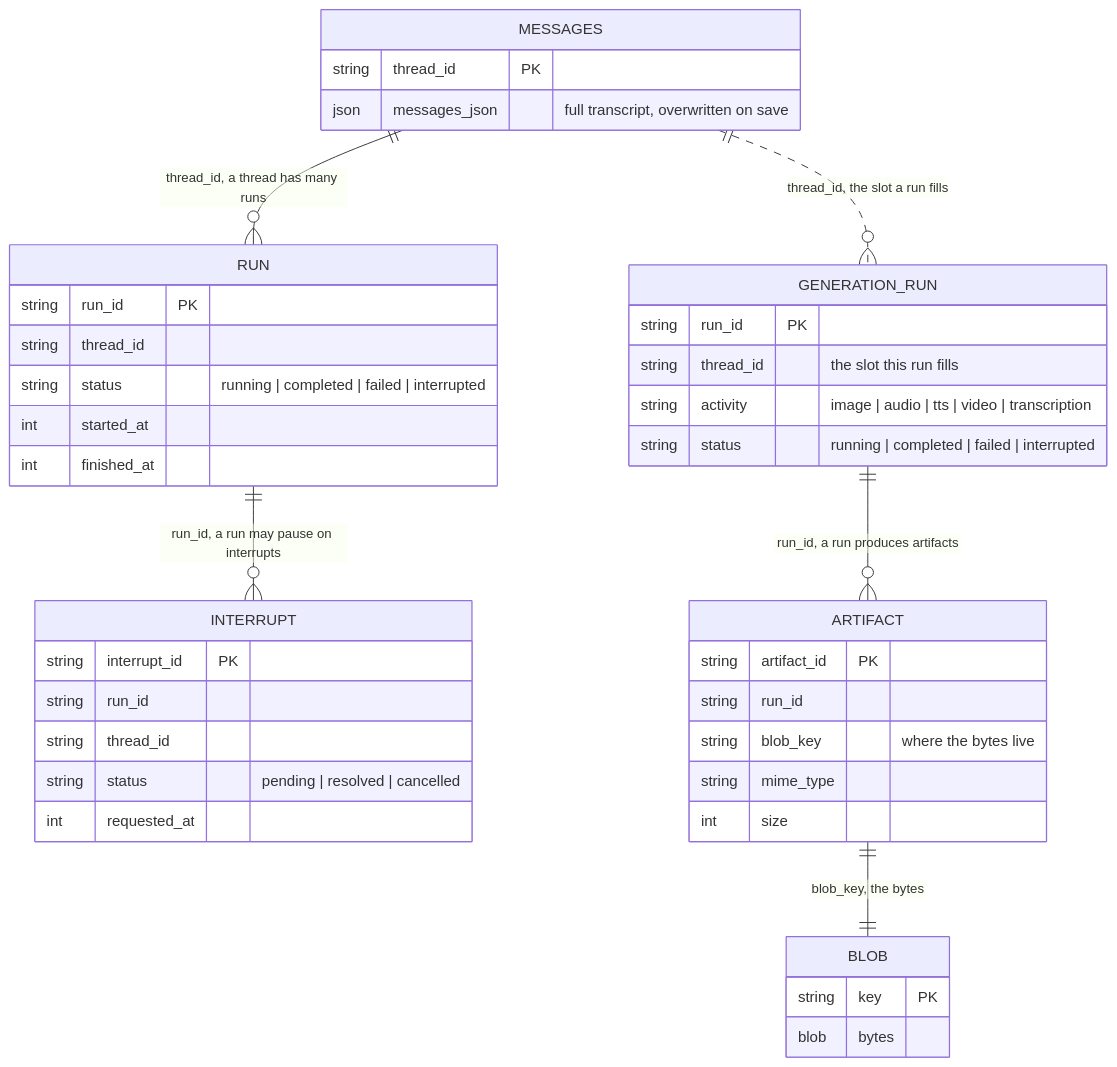
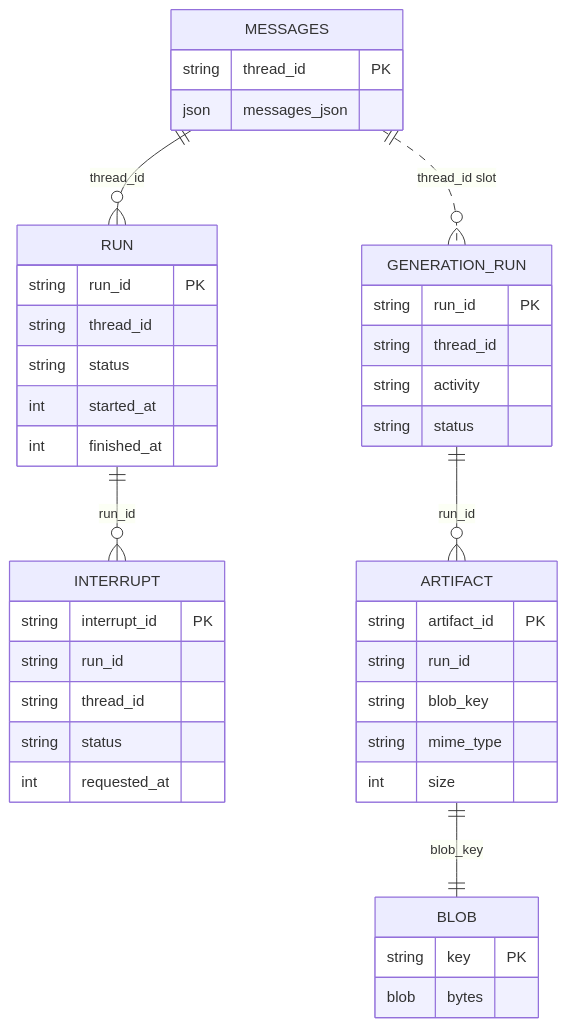
One commit to SystemSculpt/ai changed the diagram in docs/persistence/store-reference.md. Above: the diagram before and after it, drawn with Mermaid. The commit also changed other lines of this file and 141 other files, not shown here.

````diff
--- a/docs/persistence/store-reference.md
+++ b/docs/persistence/store-reference.md
@@ -475,44 +350,44 @@
 ```mermaid
 erDiagram
-    MESSAGES ||--o{ RUN : "thread_id, a thread has many runs"
-    RUN ||--o{ INTERRUPT : "run_id, a run may pause on interrupts"
-    MESSAGES ||..o{ GENERATION_RUN : "thread_id, the slot a run fills"
-    GENERATION_RUN ||--o{ ARTIFACT : "run_id, a run produces artifacts"
-    ARTIFACT ||--|| BLOB : "blob_key, the bytes"
+    MESSAGES ||--o{ RUN : "thread_id"
+    RUN ||--o{ INTERRUPT : "run_id"
+    MESSAGES ||..o{ GENERATION_RUN : "thread_id slot"
+    GENERATION_RUN ||--o{ ARTIFACT : "run_id"
+    ARTIFACT ||--|| BLOB : "blob_key"
 
     MESSAGES {
         string thread_id PK
-        json messages_json "full transcript, overwritten on save"
+        json messages_json
     }
     RUN {
         string run_id PK
         string thread_id
-        string status "running | completed | failed | interrupted"
+        string status
         int started_at
         int finished_at
     }
     INTERRUPT {
         string interrupt_id PK
         string run_id
         string thread_id
-        string status "pending | resolved | cancelled"
+        string status
         int requested_at
     }
     GENERATION_RUN {
         string run_id PK
-        string thread_id "the slot this run fills"
-        string activity "image | audio | tts | video | transcription"
-        string status "running | completed | failed | interrupted"
+        string thread_id
+        string activity
+        string status
     }
     ARTIFACT {
         string artifact_id PK
         string run_id
-        string blob_key "where the bytes live"
+        string blob_key
         string mime_type
         int size
     }
     BLOB {
         string key PK
         blob bytes
     }
 ```
````
